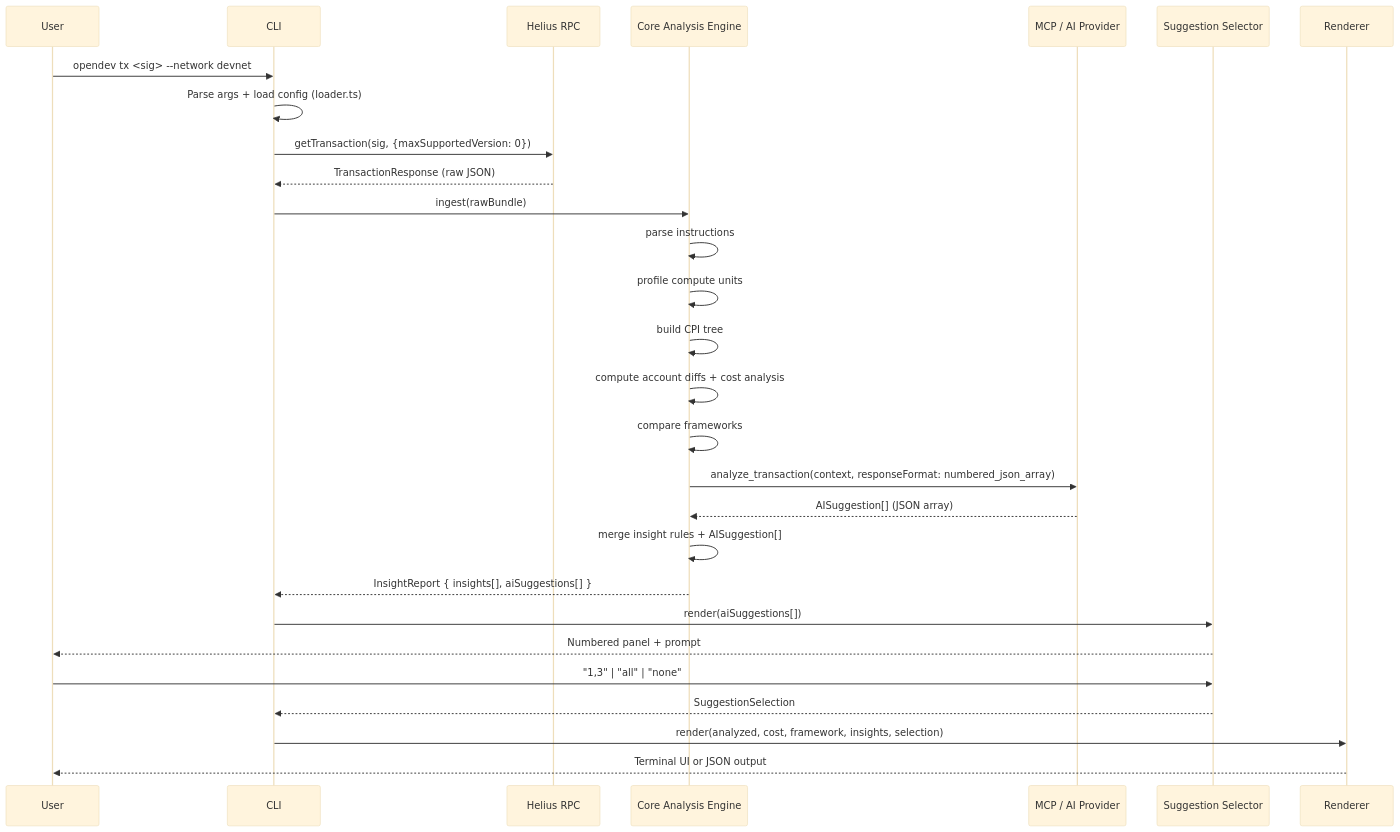
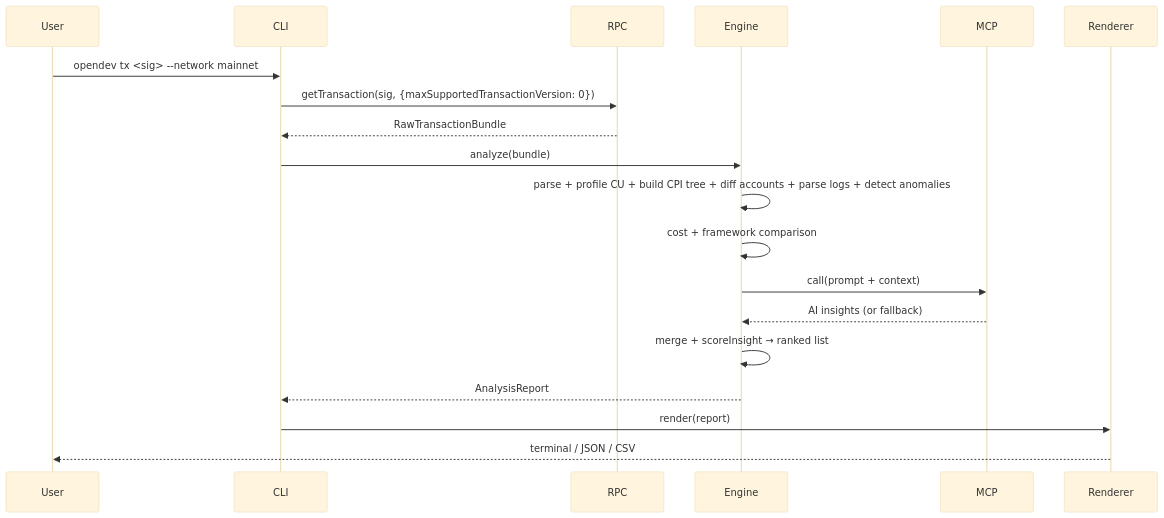
The second of 2 diagrams in docs/Architecture_OPEN.md (OpenSubmissionn/Open_DevTool), drawn with Mermaid (base theme) before and after one commit. The commit also changed other lines of this file and 6 other files, not shown here.

Commit message:
docs: improve Architecture

````diff
--- a/docs/Architecture_OPEN.md
+++ b/docs/Architecture_OPEN.md
@@ -1167,31 +360,22 @@
 ```mermaid
 sequenceDiagram
     participant User
     participant CLI
-    participant RPC as Helius RPC
-    participant Engine as Core Analysis Engine
-    participant MCP as MCP / AI Provider
-    participant Selector as Suggestion Selector
+    participant RPC
+    participant Engine
+    participant MCP
     participant Renderer
 
-    User->>CLI: opendev tx <sig> --network devnet
-    CLI->>CLI: Parse args + load config (loader.ts)
-    CLI->>RPC: getTransaction(sig, {maxSupportedVersion: 0})
-    RPC-->>CLI: TransactionResponse (raw JSON)
-    CLI->>Engine: ingest(rawBundle)
-    Engine->>Engine: parse instructions
-    Engine->>Engine: profile compute units
-    Engine->>Engine: build CPI tree
-    Engine->>Engine: compute account diffs + cost analysis
-    Engine->>Engine: compare frameworks
-    Engine->>MCP: analyze_transaction(context, responseFormat: numbered_json_array)
-    MCP-->>Engine: AISuggestion[] (JSON array)
-    Engine->>Engine: merge insight rules + AISuggestion[]
-    Engine-->>CLI: InsightReport { insights[], aiSuggestions[] }
-    CLI->>Selector: render(aiSuggestions[])
-    Selector-->>User: Numbered panel + prompt
-    User->>Selector: "1,3" | "all" | "none"
-    Selector-->>CLI: SuggestionSelection
-    CLI->>Renderer: render(analyzed, cost, framework, insights, selection)
-    Renderer-->>User: Terminal UI or JSON output
+    User->>CLI: opendev tx <sig> --network mainnet
+    CLI->>RPC: getTransaction(sig, {maxSupportedTransactionVersion: 0})
+    RPC-->>CLI: RawTransactionBundle
+    CLI->>Engine: analyze(bundle)
+    Engine->>Engine: parse + profile CU + build CPI tree + diff accounts + parse logs + detect anomalies
+    Engine->>Engine: cost + framework comparison
+    Engine->>MCP: call(prompt + context)
+    MCP-->>Engine: AI insights (or fallback)
+    Engine->>Engine: merge + scoreInsight → ranked list
+    Engine-->>CLI: AnalysisReport
+    CLI->>Renderer: render(report)
+    Renderer-->>User: terminal / JSON / CSV
 ```
````
